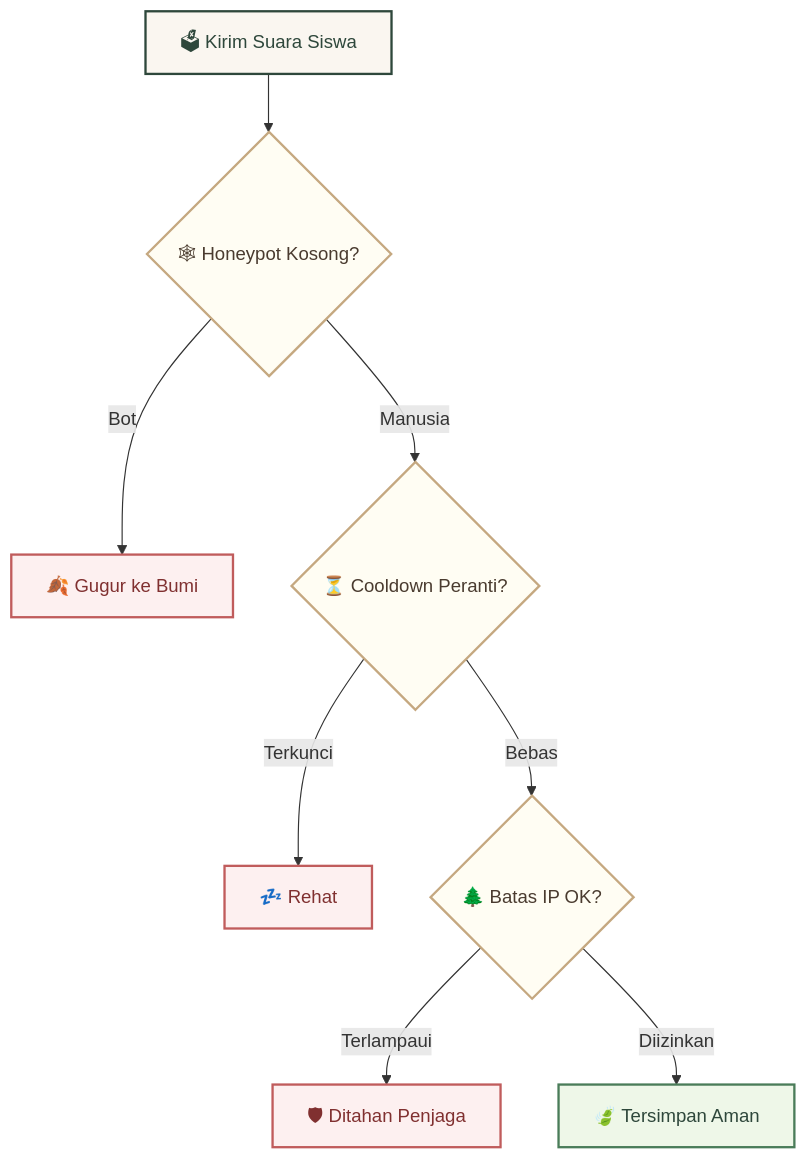
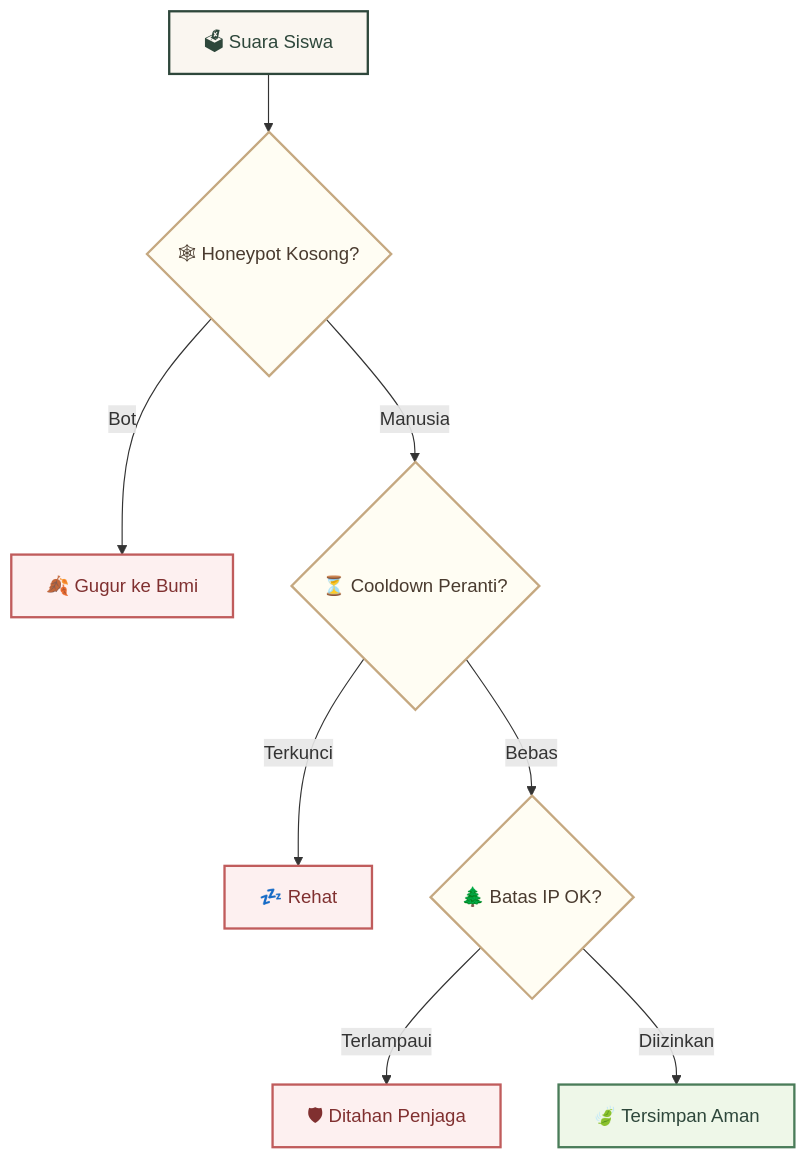
The second of 2 diagrams in README.id.md (Riz6ix/MPK), drawn with Mermaid before and after one commit. The commit also changed other lines of this file and 1 other file, not shown here.

Commit message:
fix english labels and clean syntax in readme diagrams

````diff
--- a/README.id.md
+++ b/README.id.md
@@ -67,15 +72,15 @@
 ```mermaid
 flowchart TD
     classDef default fill:#faf6f0,stroke:#2e473b,stroke-width:2px,color:#2e473b
     classDef safe fill:#eef7e8,stroke:#4a7c59,stroke-width:2px,color:#2e473b
     classDef block fill:#fdf0f0,stroke:#c05c5c,stroke-width:2px,color:#803030
     classDef dec fill:#fffdf3,stroke:#c5a880,stroke-width:2px,color:#4a3b2f
 
-    A[🗳 Kirim Suara Siswa] --> B{🕸 Honeypot Kosong?}:::dec
+    A[🗳 Suara Siswa] --> B{🕸 Honeypot Kosong?}:::dec
     B -- Bot --> C[🍂 Gugur ke Bumi]:::block
     B -- Manusia --> D{⏳ Cooldown Peranti?}:::dec
     D -- Terkunci --> E[💤 Rehat]:::block
     D -- Bebas --> F{🌲 Batas IP OK?}:::dec
     F -- Terlampaui --> G[🛡 Ditahan Penjaga]:::block
     F -- Diizinkan --> H[🍃 Tersimpan Aman]:::safe
 ```
````
